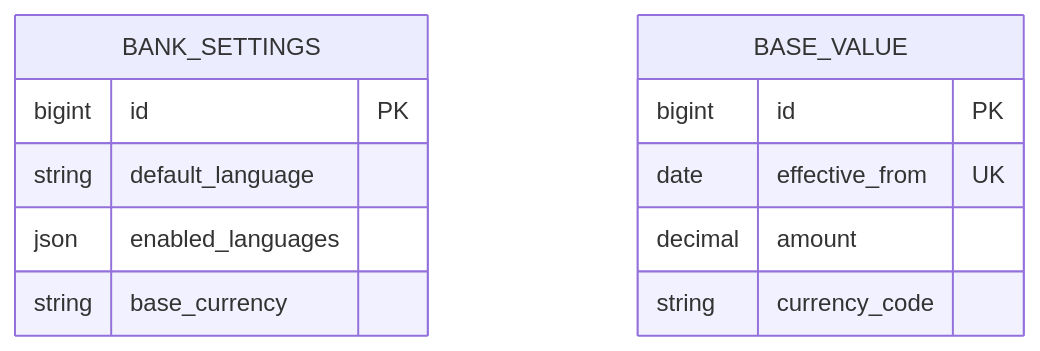
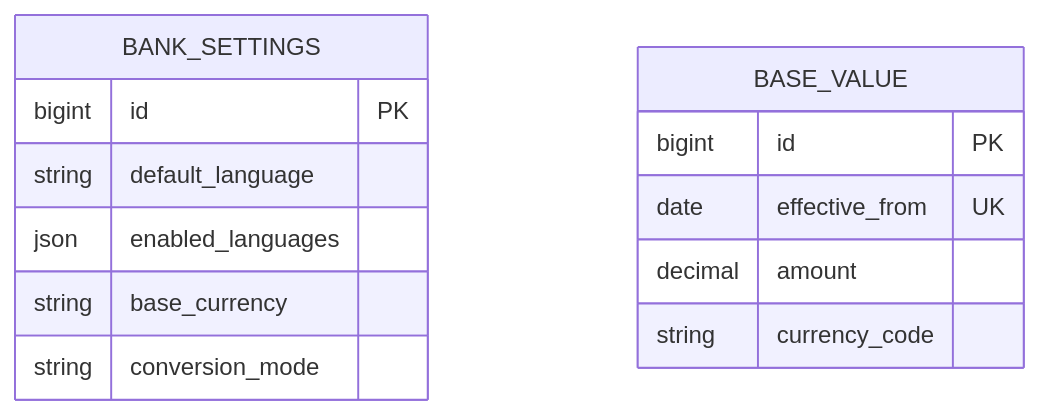
Before and after one commit to const-neshumaev/bank-cash-ops: the first of 5 diagrams in docs/architecture-module-core.md, drawn with Mermaid. The commit also changed other lines of this file and 64 other files, not shown here.

````diff
--- a/docs/architecture-module-core.md
+++ b/docs/architecture-module-core.md
@@ -65,15 +70,16 @@
 ```mermaid
 erDiagram
     BANK_SETTINGS {
         bigint id PK
         string default_language
         json enabled_languages
         string base_currency
+        string conversion_mode
     }
     BASE_VALUE {
         bigint id PK
         date effective_from UK
         decimal amount
         string currency_code
     }
 ```
````
